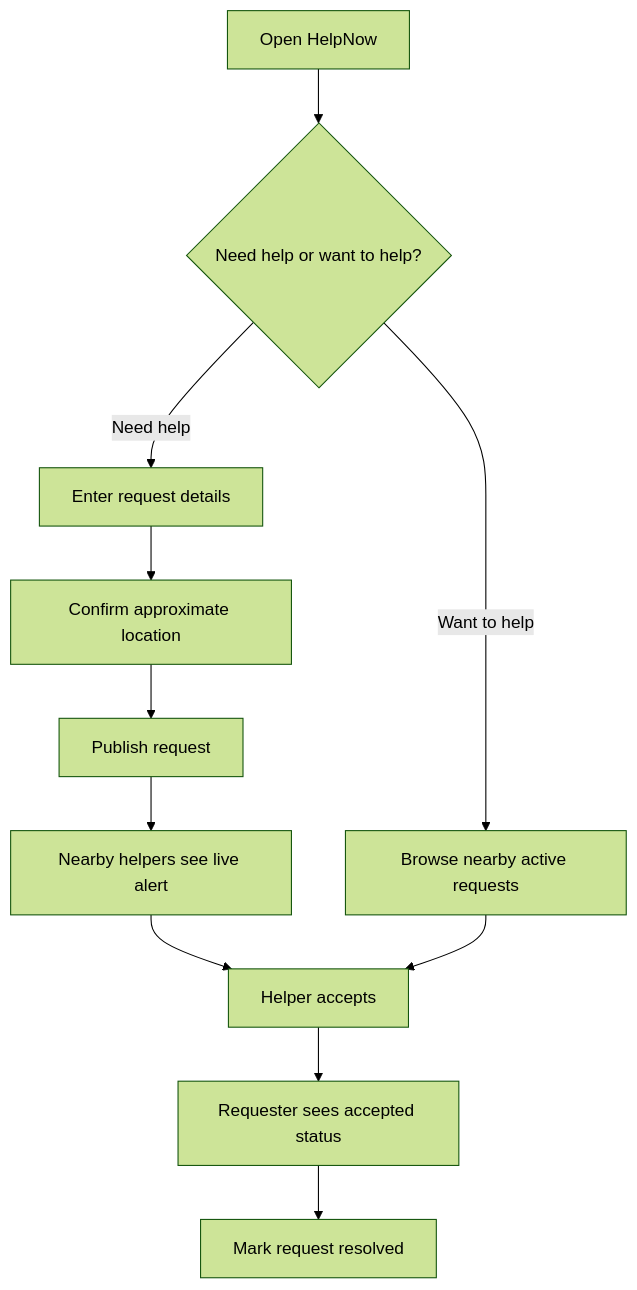
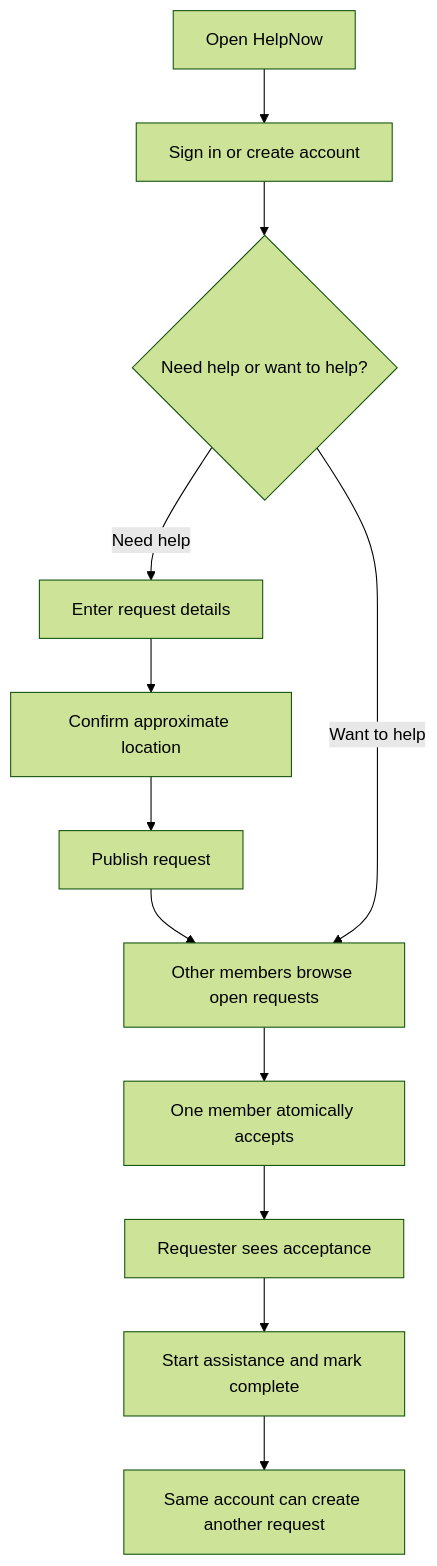
One commit to darpansharma121/helpnow changed the diagram in docs/user-flow.md. Above: the diagram before and after it, drawn with Mermaid (forest theme). The commit also changed other lines of this file and 16 other files, not shown here.

````diff
--- a/docs/user-flow.md
+++ b/docs/user-flow.md
@@ -3,13 +3,14 @@
 ```mermaid
 flowchart TD
-  A[Open HelpNow] --> B{Need help or want to help?}
-  B -->|Need help| C[Enter request details]
-  C --> D[Confirm approximate location]
-  D --> E[Publish request]
-  E --> F[Nearby helpers see live alert]
-  F --> G[Helper accepts]
-  G --> H[Requester sees accepted status]
-  H --> I[Mark request resolved]
-  B -->|Want to help| J[Browse nearby active requests]
-  J --> G
+  A[Open HelpNow] --> B[Sign in or create account]
+  B --> C{Need help or want to help?}
+  C -->|Need help| D[Enter request details]
+  D --> E[Confirm approximate location]
+  E --> F[Publish request]
+  F --> G[Other members browse open requests]
+  G --> H[One member atomically accepts]
+  H --> I[Requester sees acceptance]
+  I --> J[Start assistance and mark complete]
+  C -->|Want to help| G
+  J --> K[Same account can create another request]
 ```
````
